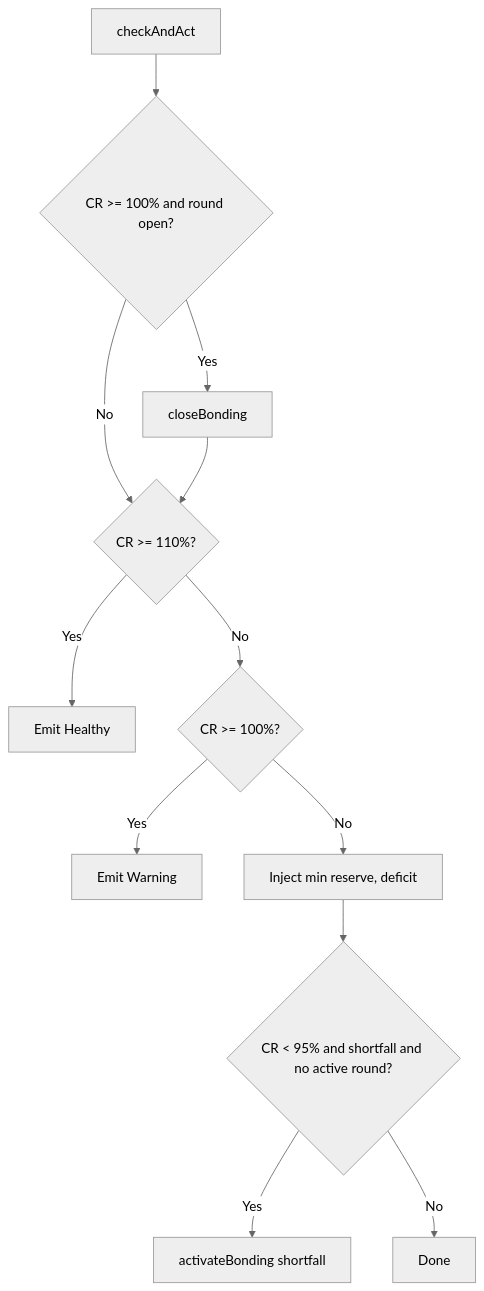
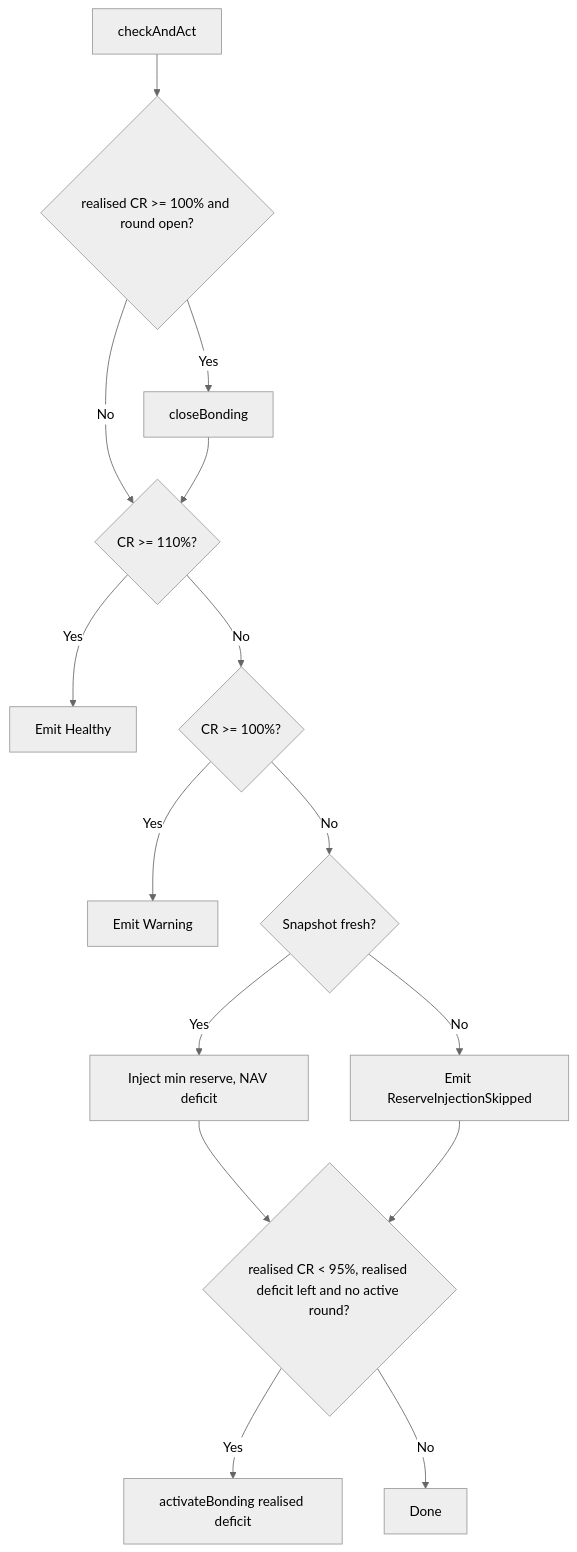
Before and after one commit to GushALKDev/evm-synthetic-trading-protocol: the fourth of 4 diagrams in docs/07-vault-ssl.md, drawn with Mermaid (neutral theme). The commit also changed other lines of this file and 10 other files, not shown here.

````diff
--- a/docs/07-vault-ssl.md
+++ b/docs/07-vault-ssl.md
@@ -255,14 +357,17 @@
 ```mermaid
 flowchart TD
-    A[checkAndAct] --> Z{CR >= 100% and round open?}
+    A[checkAndAct] --> Z{realised CR >= 100% and round open?}
     Z -->|Yes| Y[closeBonding]
     Z -->|No| B
     Y --> B{CR >= 110%?}
     B -->|Yes| H[Emit Healthy]
     B -->|No| C{CR >= 100%?}
     C -->|Yes| W[Emit Warning]
-    C -->|No| D[Inject min reserve, deficit]
-    D --> E{CR < 95% and shortfall and no active round?}
-    E -->|Yes| F[activateBonding shortfall]
+    C -->|No| S{Snapshot fresh?}
+    S -->|Yes| D[Inject min reserve, NAV deficit]
+    S -->|No| K[Emit ReserveInjectionSkipped]
+    D --> E{realised CR < 95%, realised deficit left and no active round?}
+    K --> E
+    E -->|Yes| F[activateBonding realised deficit]
     E -->|No| G[Done]
 ```
````
